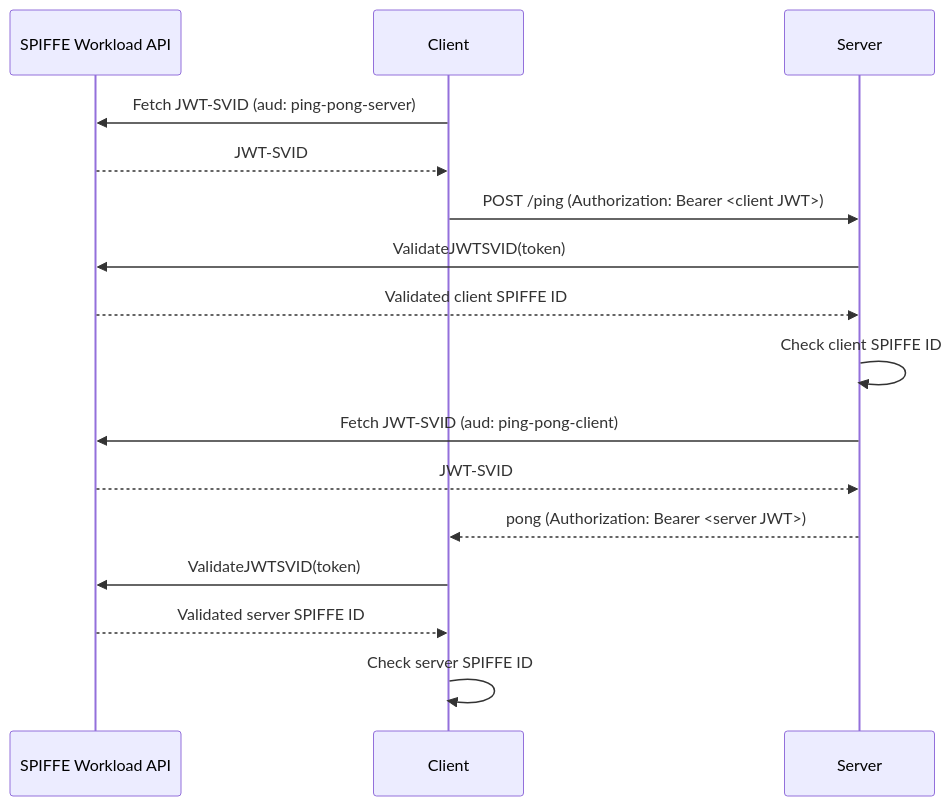
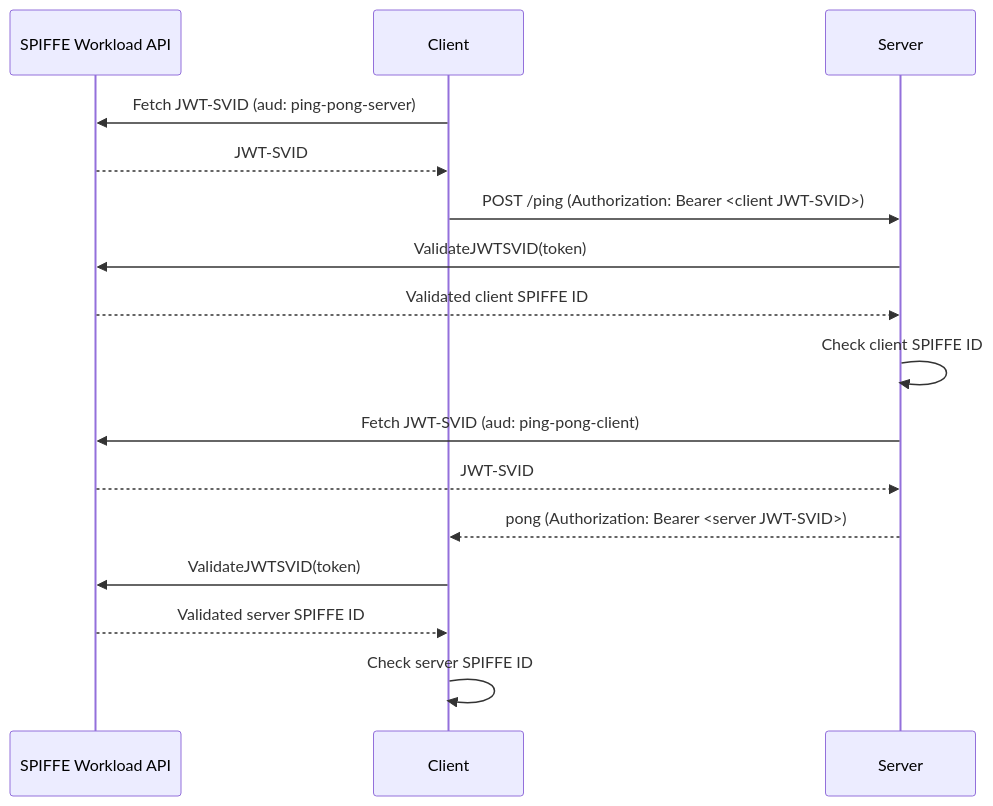
Before and after one commit to cofide/cofide-demos: the diagram in workloads/ping-pong-jwt/README.md, drawn with Mermaid. The commit also changed 2 other files, not shown here.

Commit message:
Apply suggestions from code review

````diff
--- a/workloads/ping-pong-jwt/README.md
+++ b/workloads/ping-pong-jwt/README.md
@@ -15,19 +15,19 @@
 ```mermaid
 sequenceDiagram
     participant WA as SPIFFE Workload API
     participant C as Client
     participant S as Server
 
     C->>WA: Fetch JWT-SVID (aud: ping-pong-server)
     WA-->>C: JWT-SVID
-    C->>S: POST /ping (Authorization: Bearer <client JWT>)
+    C->>S: POST /ping (Authorization: Bearer <client JWT-SVID>)
     S->>WA: ValidateJWTSVID(token)
     WA-->>S: Validated client SPIFFE ID
     S->>S: Check client SPIFFE ID
     S->>WA: Fetch JWT-SVID (aud: ping-pong-client)
     WA-->>S: JWT-SVID
-    S-->>C: pong (Authorization: Bearer <server JWT>)
+    S-->>C: pong (Authorization: Bearer <server JWT-SVID>)
     C->>WA: ValidateJWTSVID(token)
     WA-->>C: Validated server SPIFFE ID
     C->>C: Check server SPIFFE ID
 ```
````
